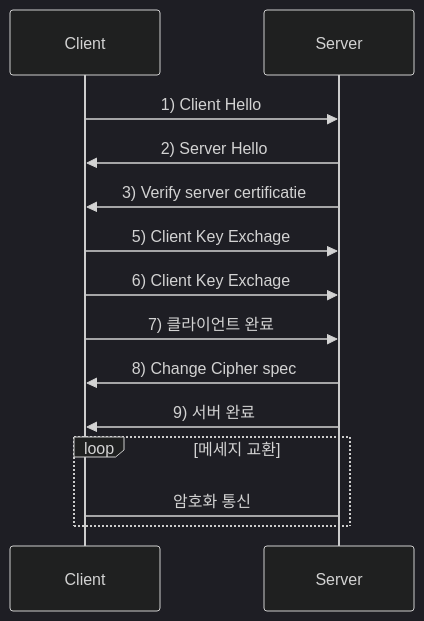
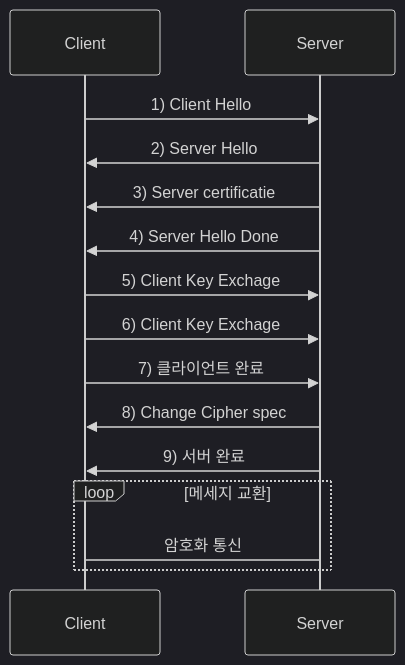
The diagram in _posts/develop/etc/2019-02-12-TLS.md (1sonjm/1sonjm.github.io), drawn with Mermaid (dark theme) before and after one commit. The commit also changed other lines of this file, not shown here.

````diff
--- a/_posts/develop/etc/2019-02-12-TLS.md
+++ b/_posts/develop/etc/2019-02-12-TLS.md
@@ -13,14 +13,15 @@
 ```mermaid
 sequenceDiagram
     Client->>Server: 1) Client Hello
     Server->>Client: 2) Server Hello
-    Server->>Client: 3) Verify server certificatie
+    Server->>Client: 3) Server certificatie
+    Server->>Client: 4) Server Hello Done
     Client->>Server: 5) Client Key Exchage
     Client->>Server: 6) Client Key Exchage
     Client->>Server: 7) 클라이언트 완료
     Server->>Client: 8) Change Cipher spec
     Server->>Client: 9) 서버 완료
     loop 메세지 교환
     Server->Client: 암호화 통신
     end
 ```
````
